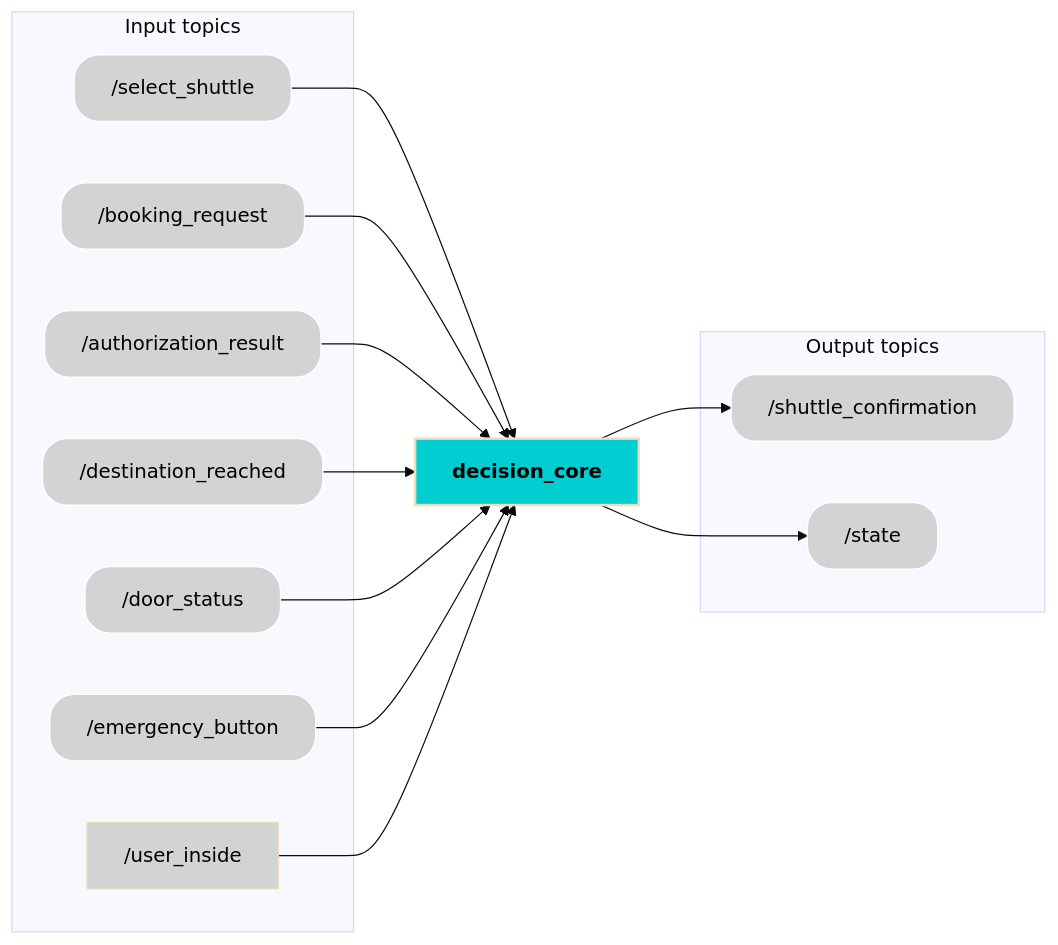
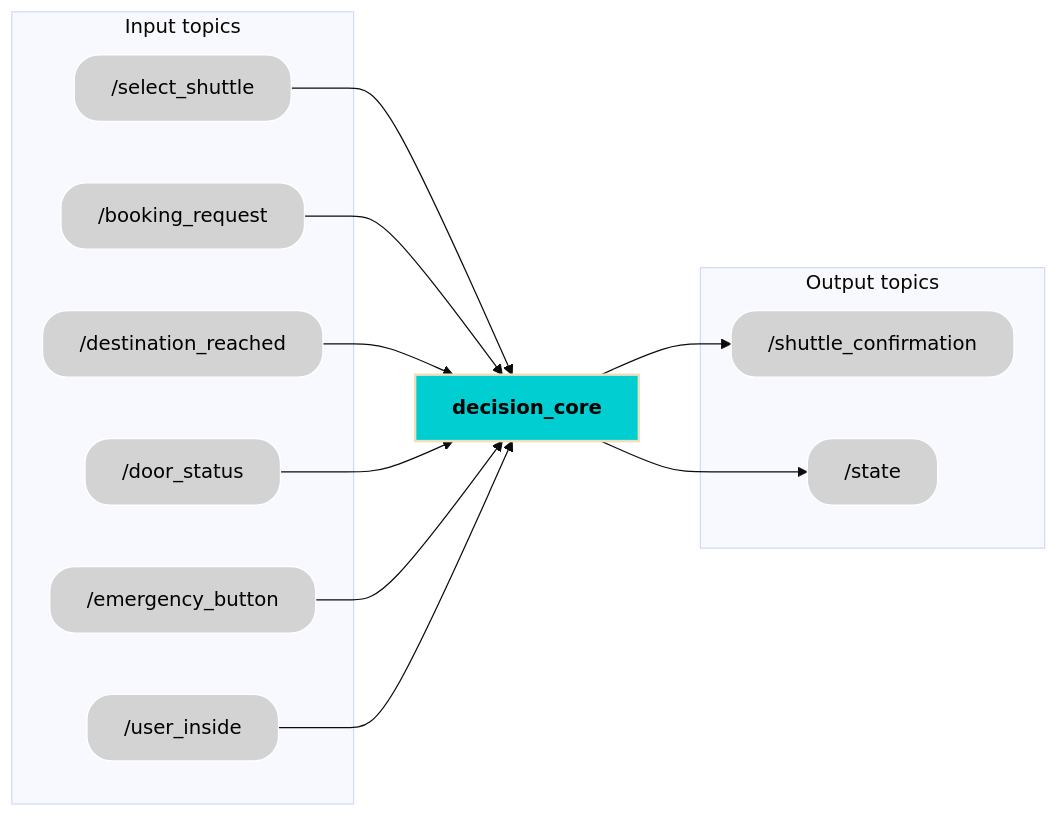
One commit to PaxAuto/decision_core changed the diagram in README.md. Above: the diagram before and after it, drawn with Mermaid (base theme). The commit also changed other lines of this file and 2 other files, not shown here.

Commit message:
US 3.19 : condition changed for transition driving and planning to boarding state(removed /authorization_result),Added state diagram

````diff
--- a/README.md
+++ b/README.md
@@ -24,53 +24,51 @@
 ```mermaid
 graph LR
     subgraph Input topics
         EVSEAL["/select_shuttle"]:::grayEllipse
         MS["/booking_request"]:::grayEllipse
-        SA["/authorization_result"]:::grayEllipse
         GF["/destination_reached"]:::grayEllipse
         AA["/door_status"]:::grayEllipse
         AB["/emergency_button"]:::grayEllipse
         AC["/user_inside"]:::grayEllipse
 
     end
 
     EM["decision_core"]:::cyanEllipse
 
     EVSEAL --> EM
     MS --> EM
-    SA --> EM
     GF --> EM
     AA --> EM
     AB --> EM
     AC --> EM
     EM --> DC
     EM --> BF
 
     subgraph Output topics
         DC["/shuttle_confirmation"]:::grayEllipse
         BF["/state"]:::grayEllipse
     end
 
     %% Ellipse shape class
     classDef soft_rectangle stroke:#FFFFFF,rx:20,ry:20;
     classDef component font-weight:bold,stroke-width:2px;
 
     %% Cyan for path planner
     classDef cyanEllipse fill:#00CED1, color:#000000;
 
     %% Gray for others
     classDef grayEllipse fill:#D3D3D3, color:#000000;
 
     %% Apply ellipse shape to each node
     class EVSEAL soft_rectangle;
     class MS soft_rectangle;
     class SA soft_rectangle;
     class GF soft_rectangle;
     class AA soft_rectangle;
     class AB soft_rectangle;
-    class Ac soft_rectangle;
+    class AC soft_rectangle;
 
     class DC soft_rectangle;
     class BF soft_rectangle;
     class EM component;
 ```
````
